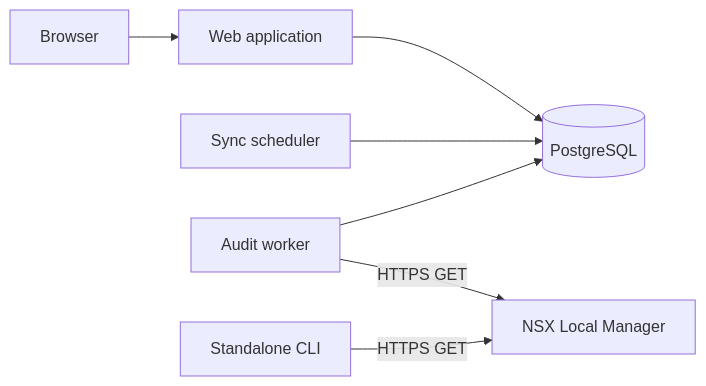
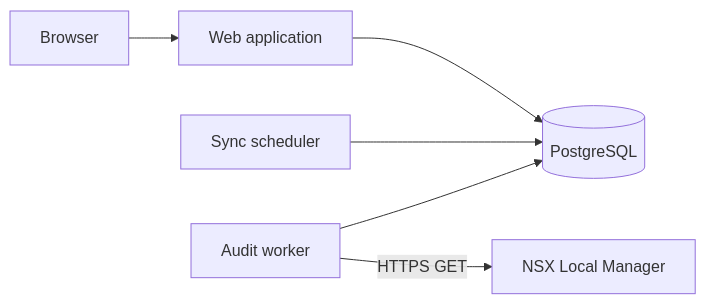
Before and after one commit to vkernel/NSX-Security-Analyzer: the diagram in docs/architecture.md, drawn with Mermaid. The commit also changed other lines of this file and 19 other files, not shown here.

````diff
--- a/docs/architecture.md
+++ b/docs/architecture.md
@@ -3,9 +3,8 @@
 ```mermaid
 flowchart LR
   Browser --> Web[Web application]
   Web --> DB[(PostgreSQL)]
   Scheduler[Sync scheduler] --> DB
   Worker[Audit worker] --> DB
   Worker -->|HTTPS GET| NSX[NSX Local Manager]
-  CLI[Standalone CLI] -->|HTTPS GET| NSX
 ```
````
